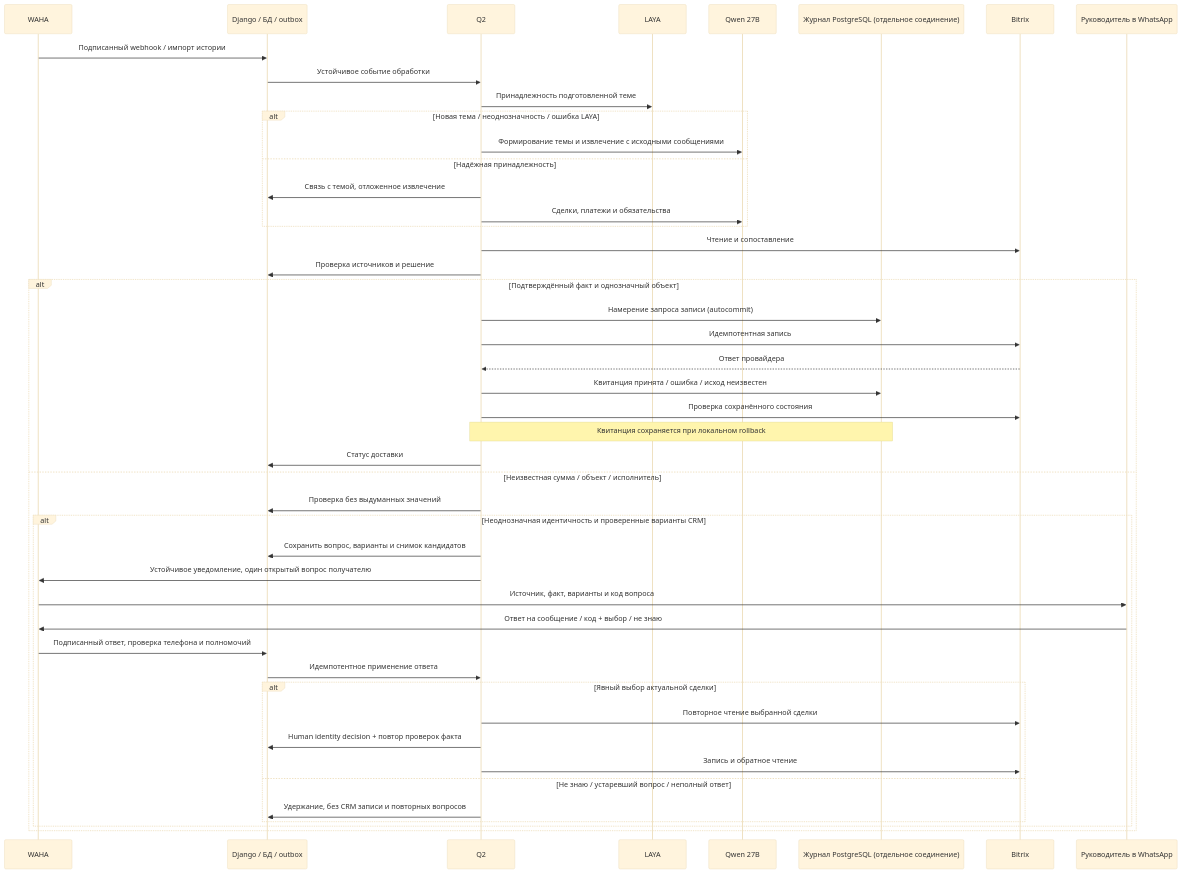
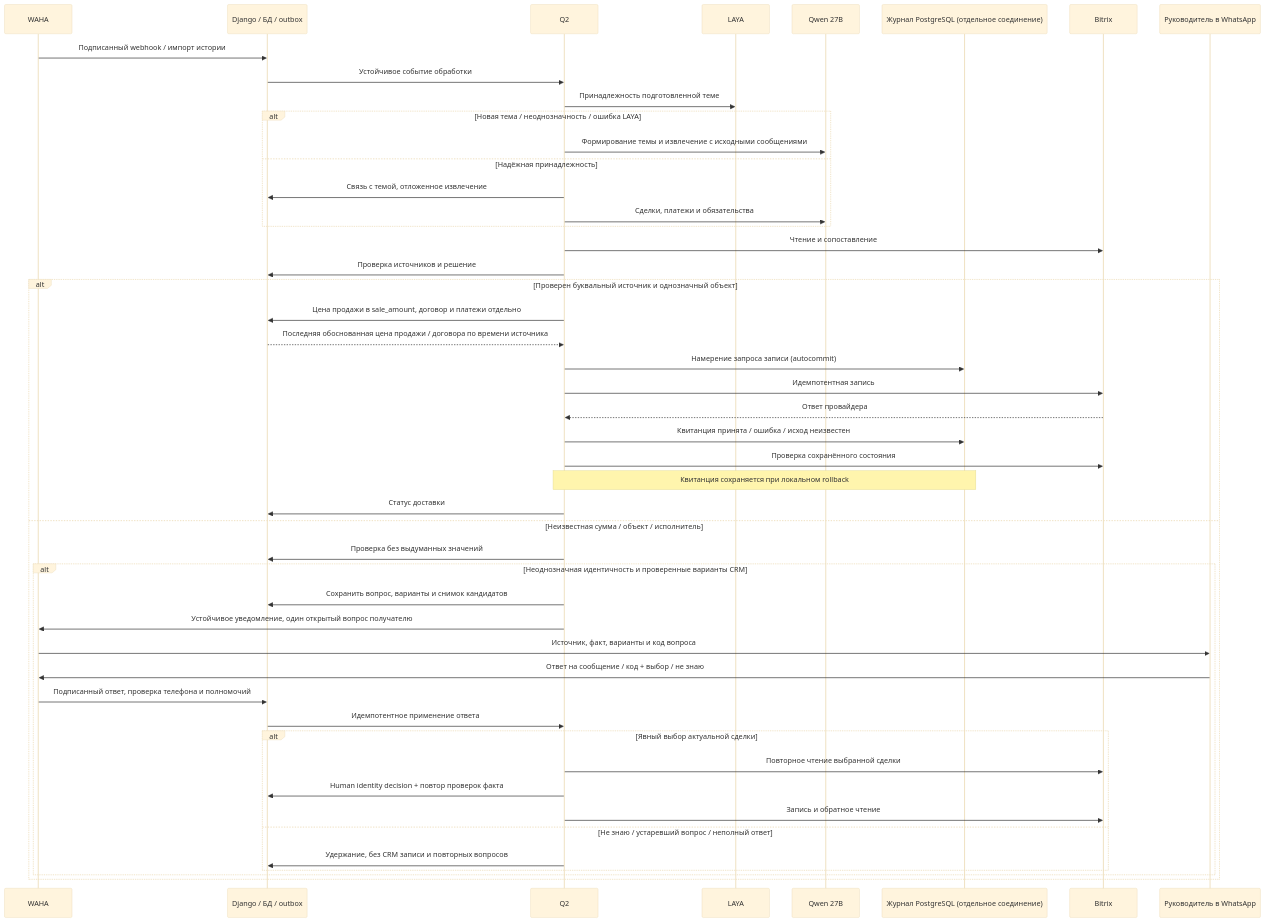
One commit to envOnion/kz-mazory changed the second of 2 diagrams in specs/task_2026-10-13_21-59-19_MSK.md. Above: the diagram before and after it, drawn with Mermaid (base theme). The commit also changed other lines of this file and 23 other files, not shown here.

````diff
--- a/specs/task_2026-10-13_21-59-19_MSK.md
+++ b/specs/task_2026-10-13_21-59-19_MSK.md
@@ -41,48 +47,50 @@
 ```mermaid
 sequenceDiagram
     participant WA as WAHA
     participant DB as Django / БД / outbox
     participant Q as Q2
     participant L as LAYA
     participant M as Qwen 27B
     participant J as Журнал PostgreSQL (отдельное соединение)
     participant B as Bitrix
     participant U as Руководитель в WhatsApp
     WA->>DB: Подписанный webhook / импорт истории
     DB->>Q: Устойчивое событие обработки
     Q->>L: Принадлежность подготовленной теме
     alt Новая тема / неоднозначность / ошибка LAYA
         Q->>M: Формирование темы и извлечение с исходными сообщениями
     else Надёжная принадлежность
         Q->>DB: Связь с темой, отложенное извлечение
         Q->>M: Сделки, платежи и обязательства
     end
     Q->>B: Чтение и сопоставление
     Q->>DB: Проверка источников и решение
-    alt Подтверждённый факт и однозначный объект
+    alt Проверен буквальный источник и однозначный объект
+        Q->>DB: Цена продажи в sale_amount, договор и платежи отдельно
+        DB-->>Q: Последняя обоснованная цена продажи / договора по времени источника
         Q->>J: Намерение запроса записи (autocommit)
         Q->>B: Идемпотентная запись
         B-->>Q: Ответ провайдера
         Q->>J: Квитанция принята / ошибка / исход неизвестен
         Q->>B: Проверка сохранённого состояния
         Note over Q,J: Квитанция сохраняется при локальном rollback
         Q->>DB: Статус доставки
     else Неизвестная сумма / объект / исполнитель
         Q->>DB: Проверка без выдуманных значений
         alt Неоднозначная идентичность и проверенные варианты CRM
             Q->>DB: Сохранить вопрос, варианты и снимок кандидатов
             Q->>WA: Устойчивое уведомление, один открытый вопрос получателю
             WA->>U: Источник, факт, варианты и код вопроса
             U->>WA: Ответ на сообщение / код + выбор / не знаю
             WA->>DB: Подписанный ответ, проверка телефона и полномочий
             DB->>Q: Идемпотентное применение ответа
             alt Явный выбор актуальной сделки
                 Q->>B: Повторное чтение выбранной сделки
                 Q->>DB: Human identity decision + повтор проверок факта
                 Q->>B: Запись и обратное чтение
             else Не знаю / устаревший вопрос / неполный ответ
                 Q->>DB: Удержание, без CRM записи и повторных вопросов
             end
         end
     end
 ```
````
